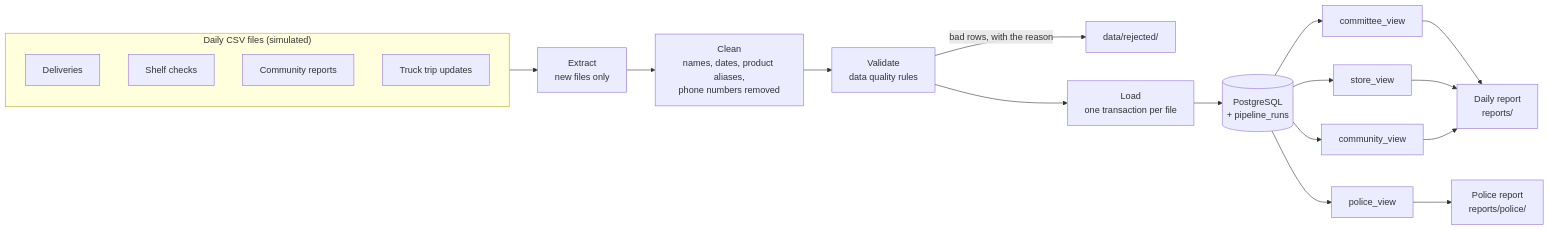
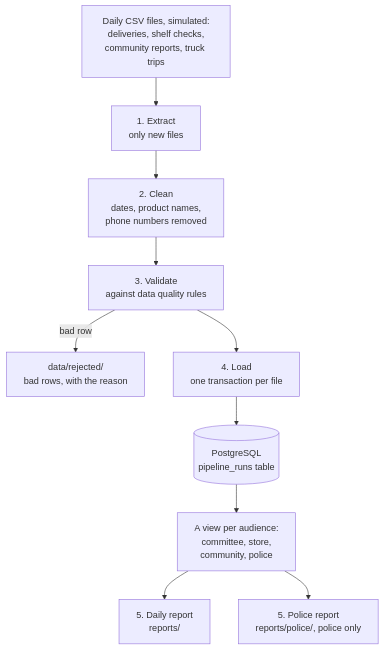
The diagram in README.md (BaneleChakuma/safeshelf-tembisa), drawn with Mermaid before and after one commit. The commit also changed other lines of this file and 3 other files, not shown here.

First line of the commit message:
Explain the architecture step by step and refresh the board screenshot

````diff
--- a/README.md
+++ b/README.md
@@ -32,23 +37,19 @@
 ```mermaid
-flowchart LR
-    subgraph Sources["Daily CSV files (simulated)"]
-        A["Deliveries"]
-        B["Shelf checks"]
-        C["Community reports"]
-        D["Truck trip updates"]
-    end
-    Sources --> E["Extract<br/>new files only"]
-    E --> F["Clean<br/>names, dates, product aliases,<br/>phone numbers removed"]
-    F --> G["Validate<br/>data quality rules"]
-    G -- "bad rows, with the reason" --> R["data/rejected/"]
-    G --> L["Load<br/>one transaction per file"]
-    L --> DB[("PostgreSQL<br/>+ pipeline_runs")]
-    DB --> V1["committee_view"]
-    DB --> V2["store_view"]
-    DB --> V3["community_view"]
-    DB --> V4["police_view"]
-    V1 --> DR["Daily report<br/>reports/"]
-    V2 --> DR
-    V3 --> DR
-    V4 --> PR["Police report<br/>reports/police/"]
+flowchart TD
+    Sources["Daily CSV files, simulated:<br/>deliveries, shelf checks,<br/>community reports, truck trips"]
+    Extract["1. Extract<br/>only new files"]
+    Clean["2. Clean<br/>dates, product names,<br/>phone numbers removed"]
+    Validate["3. Validate<br/>against data quality rules"]
+    Rejected["data/rejected/<br/>bad rows, with the reason"]
+    Load["4. Load<br/>one transaction per file"]
+    DB[("PostgreSQL<br/>pipeline_runs table")]
+    Views["A view per audience:<br/>committee, store,<br/>community, police"]
+    DailyReport["5. Daily report<br/>reports/"]
+    PoliceReport["5. Police report<br/>reports/police/, police only"]
+
+    Sources --> Extract --> Clean --> Validate
+    Validate -- "bad row" --> Rejected
+    Validate --> Load --> DB --> Views
+    Views --> DailyReport
+    Views --> PoliceReport
 ```
````
